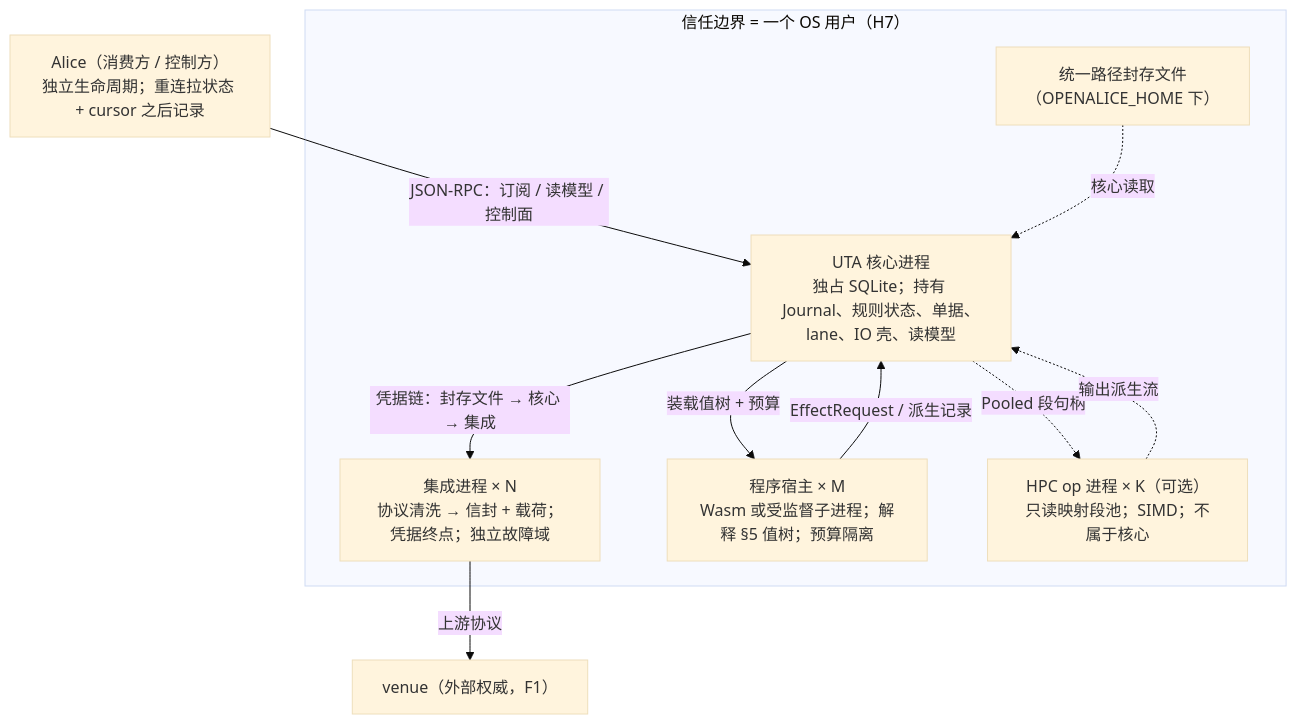
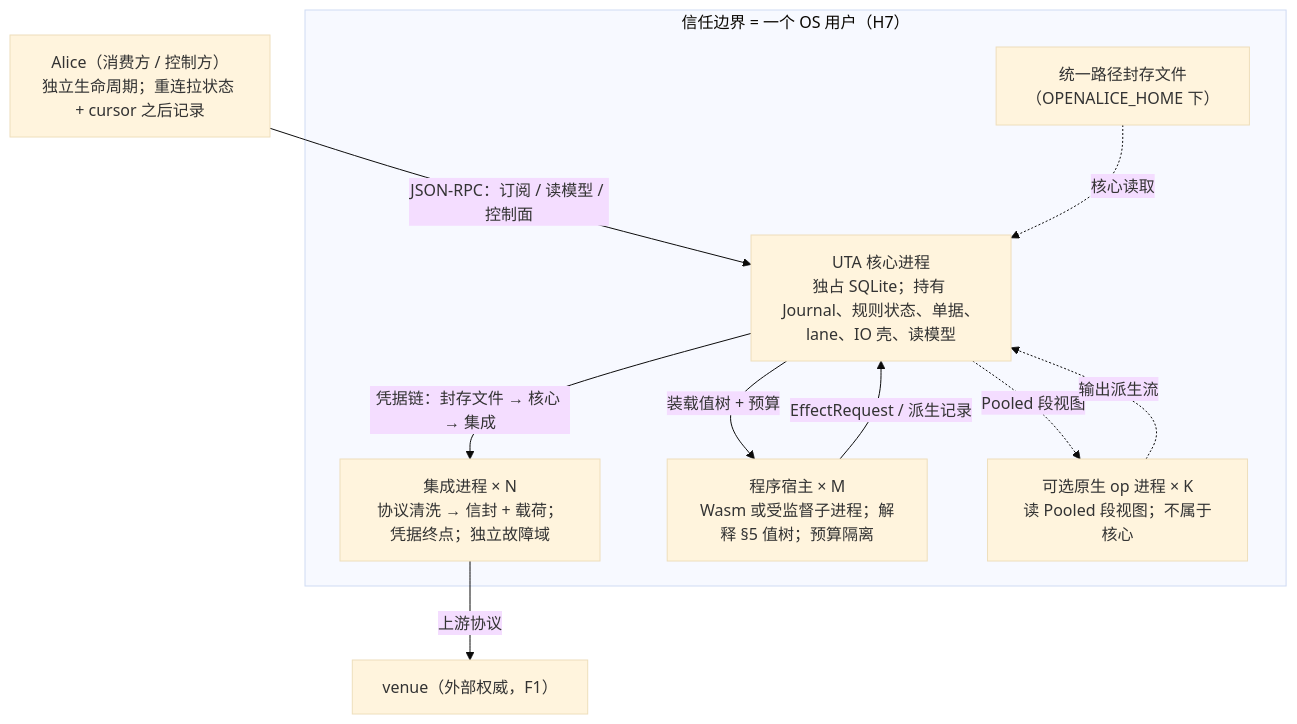
One commit to mouriya-s-lab/uta changed the second of 3 diagrams in design/uta-design.md. Above: the diagram before and after it, drawn with Mermaid (base theme). The commit also changed other lines of this file and 12 other files, not shown here.

````diff
--- a/design/uta-design.md
+++ b/design/uta-design.md
@@ -1196,20 +1196,20 @@
 ```mermaid
 flowchart TB
   subgraph OSUSER["信任边界 = 一个 OS 用户（H7）"]
     CORE["UTA 核心进程<br/>独占 SQLite；持有 Journal、规则状态、单据、lane、IO 壳、读模型"]
     INT["集成进程 × N<br/>协议清洗 → 信封 + 载荷；凭据终点；独立故障域"]
     HOST["程序宿主 × M<br/>Wasm 或受监督子进程；解释 §5 值树；预算隔离"]
-    HPCOP["HPC op 进程 × K（可选）<br/>只读映射段池；SIMD；不属于核心"]
+    HPCOP["可选原生 op 进程 × K<br/>读 Pooled 段视图；不属于核心"]
     SEAL["统一路径封存文件<br/>（OPENALICE_HOME 下）"]
   end
   ALICE["Alice（消费方 / 控制方）<br/>独立生命周期；重连拉状态 + cursor 之后记录"]
   VENUE["venue（外部权威，F1）"]
   ALICE -->|JSON-RPC：订阅 / 读模型 / 控制面| CORE
   CORE -->|凭据链：封存文件 → 核心 → 集成| INT
   SEAL -.核心读取.-> CORE
   INT -->|上游协议| VENUE
   CORE -->|装载值树 + 预算| HOST
   HOST -->|EffectRequest / 派生记录| CORE
-  CORE -.Pooled 段句柄.-> HPCOP
+  CORE -.Pooled 段视图.-> HPCOP
   HPCOP -.输出派生流.-> CORE
 ```
````
